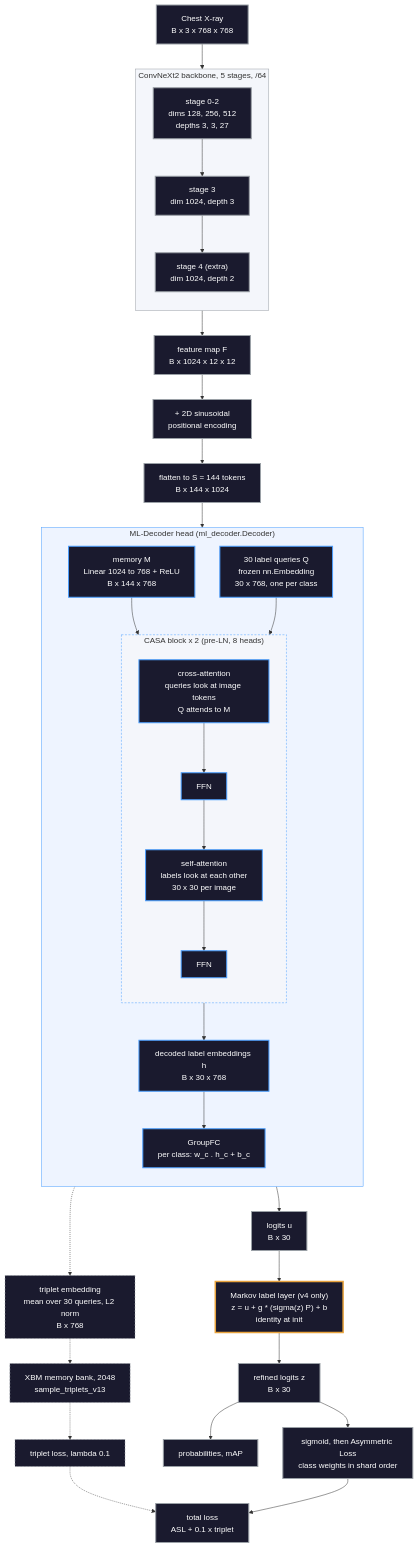
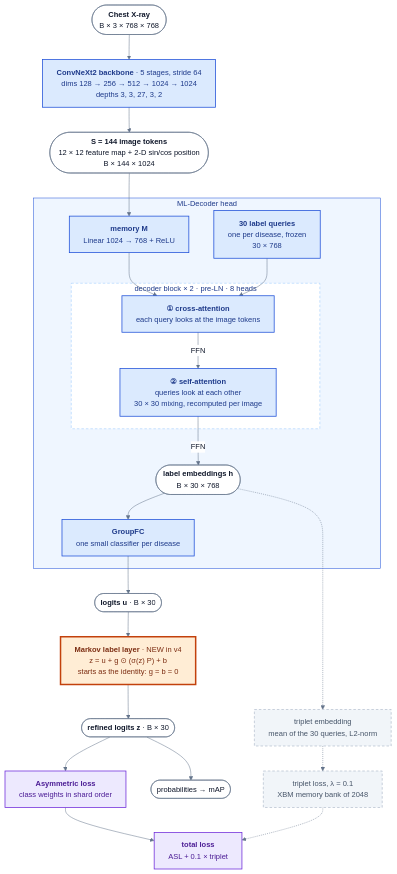
The third of 7 diagrams in docs/markov-layer-architecture.md (nhan03bit/ISBI_2026), drawn with Mermaid before and after one commit. The commit also changed other lines of this file and 1 other file, not shown here.

Commit message:
architecture

````diff
--- a/docs/markov-layer-architecture.md
+++ b/docs/markov-layer-architecture.md
@@ -49,53 +104,48 @@
 ```mermaid
+%%{init: {"theme": "base", "flowchart": {"wrappingWidth": 400, "padding": 14}, "themeVariables": {"fontSize": "15px", "lineColor": "#64748B", "primaryTextColor": "#0F172A", "edgeLabelBackground": "#FFFFFF", "clusterBkg": "#F8FAFC", "clusterBorder": "#CBD5E1", "titleColor": "#0F172A"}}}%%
 flowchart TB
-    IMG["Chest X-ray<br/>B x 3 x 768 x 768"] --> BB
+    IMG(["<b>Chest X-ray</b><br/>B × 3 × 768 × 768"]):::data
+    BB["<b>ConvNeXt2 backbone</b> · 5 stages, stride 64<br/>dims 128 → 256 → 512 → 1024 → 1024<br/>depths 3, 3, 27, 3, 2"]:::v3
+    TOK(["<b>S = 144 image tokens</b><br/>12 × 12 feature map + 2-D sin/cos position<br/>B × 144 × 1024"]):::data
+    IMG --> BB --> TOK
 
-    subgraph BB["ConvNeXt2 backbone, 5 stages, /64"]
-        direction TB
-        S0["stage 0-2<br/>dims 128, 256, 512<br/>depths 3, 3, 27"] --> S3["stage 3<br/>dim 1024, depth 3"] --> S4["stage 4 (extra)<br/>dim 1024, depth 2"]
-    end
-
-    BB --> F["feature map F<br/>B x 1024 x 12 x 12"]
-    F --> PE["+ 2D sinusoidal<br/>positional encoding"]
-    PE --> TOK["flatten to S = 144 tokens<br/>B x 144 x 1024"]
-
-    subgraph DEC["ML-Decoder head (ml_decoder.Decoder)"]
-        direction TB
-        MEM["memory M<br/>Linear 1024 to 768 + ReLU<br/>B x 144 x 768"]
-        Q0["30 label queries Q<br/>frozen nn.Embedding<br/>30 x 768, one per class"]
-        subgraph CASA["CASA block x 2 (pre-LN, 8 heads)"]
-            direction TB
-            CA["cross-attention<br/>queries look at image tokens<br/>Q attends to M"] --> FF1["FFN"]
-            FF1 --> SA["self-attention<br/>labels look at each other<br/>30 x 30 per image"] --> FF2["FFN"]
+    subgraph DEC["ML-Decoder head"]
+        MEM["<b>memory M</b><br/>Linear 1024 → 768 + ReLU"]:::v3
+        Q["<b>30 label queries</b><br/>one per disease, frozen<br/>30 × 768"]:::v3
+        subgraph CASA["decoder block × 2 · pre-LN · 8 heads"]
+            CA["<b>① cross-attention</b><br/>each query looks at the image tokens"]:::v3
+            SA["<b>② self-attention</b><br/>queries look at each other<br/>30 × 30 mixing, recomputed per image"]:::v3
+            CA -->|"FFN"| SA
         end
+        H(["<b>label embeddings h</b><br/>B × 30 × 768"]):::data
+        GFC["<b>GroupFC</b><br/>one small classifier per disease"]:::v3
         MEM --> CA
-        Q0 --> CA
-        FF2 --> H["decoded label embeddings h<br/>B x 30 x 768"]
-        H --> GFC["GroupFC<br/>per class: w_c . h_c + b_c"]
+        Q --> CA
+        SA -->|"FFN"| H
+        H --> GFC
     end
 
     TOK --> MEM
-    GFC --> U["logits u<br/>B x 30"]
-    U --> MK["Markov label layer (v4 only)<br/>z = u + g * (sigma(z) P) + b<br/>identity at init"]
-    MK --> Z["refined logits z<br/>B x 30"]
-    Z --> ASL["sigmoid, then Asymmetric Loss<br/>class weights in shard order"]
-    Z --> OUT["probabilities, mAP"]
+    GFC --> U(["<b>logits u</b> · B × 30"]):::data
+    U --> MK["<b>Markov label layer</b> · NEW in v4<br/>z = u + g ⊙ (σ(z) P) + b<br/>starts as the identity: g = b = 0"]:::new
+    MK --> Z(["<b>refined logits z</b> · B × 30"]):::data
+    Z --> ASL["<b>Asymmetric loss</b><br/>class weights in shard order"]:::loss
+    Z --> OUT(["probabilities → mAP"]):::data
+    ASL --> LOSS["<b>total loss</b><br/>ASL + 0.1 × triplet"]:::loss
 
-    H -.-> EMB["triplet embedding<br/>mean over 30 queries, L2 norm<br/>B x 768"]
-    EMB -.-> XBM["XBM memory bank, 2048<br/>sample_triplets_v13"]
-    XBM -.-> TRI["triplet loss, lambda 0.1"]
-    TRI -.-> LOSS["total loss<br/>ASL + 0.1 x triplet"]
-    ASL --> LOSS
+    H -.-> EMB["triplet embedding<br/>mean of the 30 queries, L2-norm"]:::aux
+    EMB -.-> TRI["triplet loss, λ = 0.1<br/>XBM memory bank of 2048"]:::aux
+    TRI -.-> LOSS
 
-    classDef dec fill:#1a1a2e,stroke:#4a9eff,stroke-width:2px,color:#fff
-    classDef mk fill:#1a1a2e,stroke:#e8a33d,stroke-width:3px,color:#fff
-    classDef aux fill:#1a1a2e,stroke:#9aa0a6,stroke-width:1px,stroke-dasharray:4 3,color:#fff
-    classDef base fill:#1a1a2e,stroke:#9aa0a6,stroke-width:2px,color:#fff
-    class IMG,S0,S3,S4,F,PE,TOK,U,Z,ASL,OUT,LOSS base
-    class MEM,Q0,CA,FF1,SA,FF2,H,GFC dec
-    class MK mk
-    class EMB,XBM,TRI aux
-    style BB fill:#f4f6fb,stroke:#9aa0a6
-    style DEC fill:#eef4ff,stroke:#4a9eff
-    style CASA fill:#f4f6fb,stroke:#4a9eff,stroke-dasharray:4 3
+    style DEC fill:#EFF6FF,stroke:#1D4ED8,stroke-width:1px,color:#1E3A8A
+    style CASA fill:#FFFFFF,stroke:#93C5FD,stroke-width:1px,stroke-dasharray:5 4,color:#1E3A8A
+
+    classDef v3 fill:#DBEAFE,stroke:#1D4ED8,stroke-width:1.5px,color:#1E3A8A
+    classDef new fill:#FFEDD5,stroke:#C2410C,stroke-width:3px,color:#7C2D12
+    classDef data fill:#FFFFFF,stroke:#64748B,stroke-width:1px,color:#0F172A
+    classDef loss fill:#EDE9FE,stroke:#6D28D9,stroke-width:1.5px,color:#4C1D95
+    classDef aux fill:#F1F5F9,stroke:#94A3B8,stroke-width:1px,stroke-dasharray:5 4,color:#475569
+    classDef warn fill:#FEE2E2,stroke:#B91C1C,stroke-width:2px,stroke-dasharray:5 4,color:#7F1D1D
+    classDef old fill:#F1F5F9,stroke:#94A3B8,stroke-width:1px,color:#334155
+    classDef tail fill:#DCFCE7,stroke:#15803D,stroke-width:2.5px,color:#14532D
 ```
````
